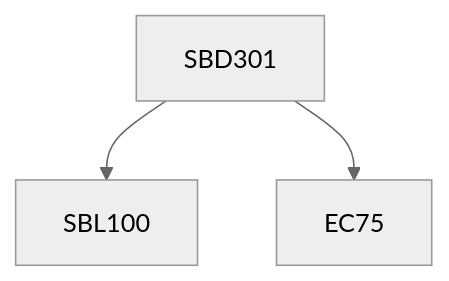
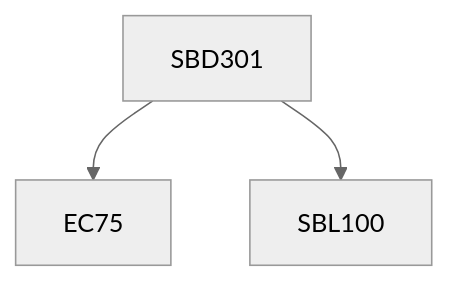
Before and after one commit to KeshavBansal0122/CoS_Website: the diagram in content/Biological Sciences/SBD301.md, drawn with Mermaid (neutral theme). The commit also changed other lines of this file and 392 other files, not shown here.

````diff
--- a/content/Biological Sciences/SBD301.md
+++ b/content/Biological Sciences/SBD301.md
@@ -13,9 +13,9 @@
 ```mermaid
 flowchart TD
 SBD301-674[SBD301]
+SBD301-674 --> EC75-674[EC75]
 SBD301-674 --> SBL100-674[SBL100]
-SBD301-674 --> EC75-674[EC75]
 
 classDef empty height:17px, fill:transparent, stroke:transparent;
 classDef trueEmpty height:0px, width:0px;
 ```
````
